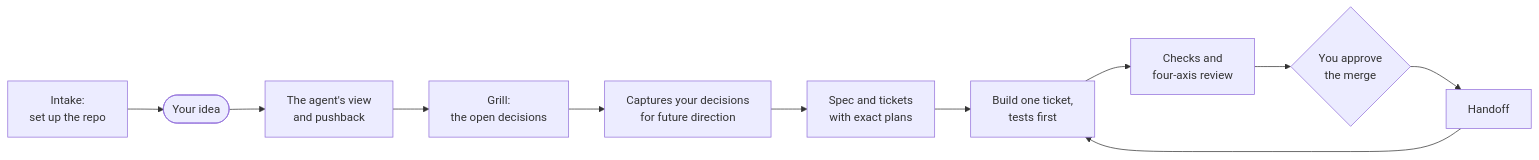
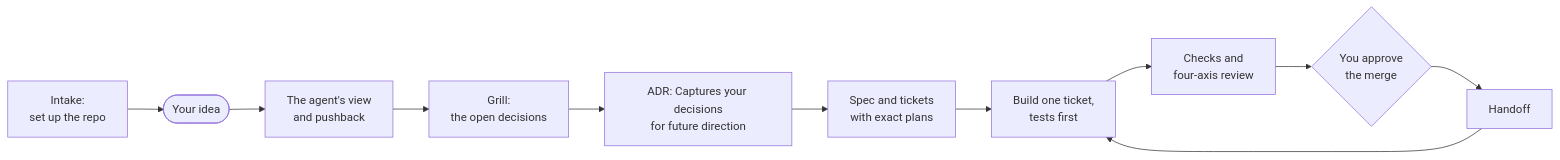
One commit to fbhadha/py-dev changed the first of 3 diagrams in README.md. Above: the diagram before and after it, drawn with Mermaid.

Commit message:
Clarify ADR label in flowchart

````diff
--- a/README.md
+++ b/README.md
@@ -9,13 +9,13 @@
 ```mermaid
 flowchart LR
     intake[Intake:<br/>set up the repo] --> idea([Your idea])
     idea --> view[The agent's view<br/>and pushback]
     view --> grill[Grill:<br/>the open decisions]
-    grill --> ADR[Captures your decisions<br/>for future direction]
+    grill --> ADR[ADR: Captures your decisions<br/>for future direction]
     ADR --> tickets[Spec and tickets<br/>with exact plans]
     tickets --> build[Build one ticket,<br/>tests first]
     build --> review[Checks and<br/>four-axis review]
     review --> merge{You approve<br/>the merge}
     merge --> handoff[Handoff]
     handoff --> build
 ```
````
